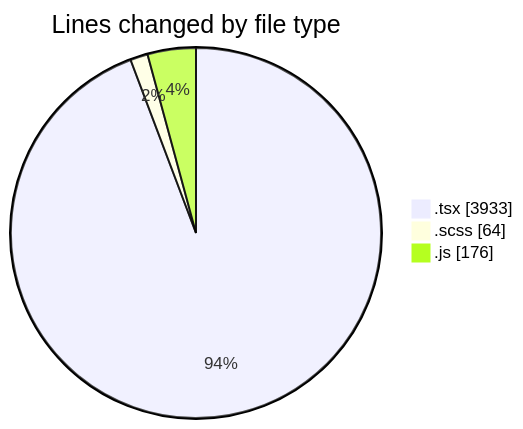
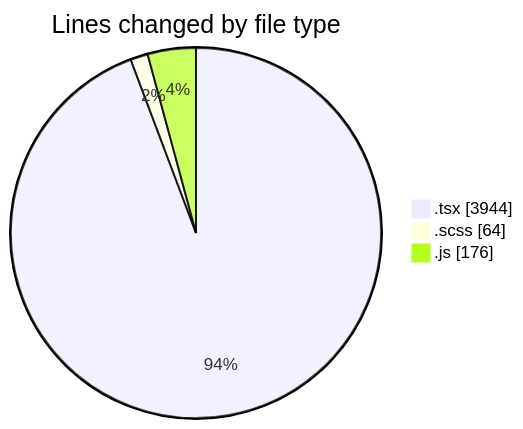
One commit to momahboobian/code-tracking changed the first of 2 diagrams in 2025-06-16/cda/README.md. Above: the diagram before and after it, drawn with Mermaid. The commit also changed other lines of this file and 1 other file, not shown here.

````diff
--- a/2025-06-16/cda/README.md
+++ b/2025-06-16/cda/README.md
@@ -35,7 +35,7 @@
 ```mermaid
 pie showData
 title Lines changed by file type
-".tsx" : 3933
+".tsx" : 3944
 ".scss" : 64
 ".js" : 176
 ```
````
